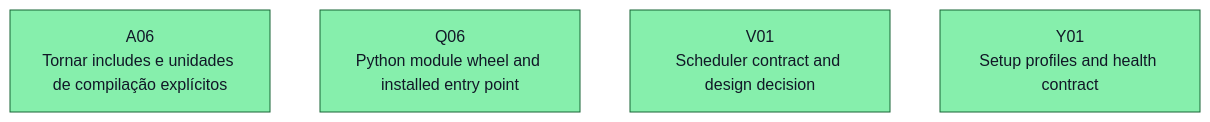
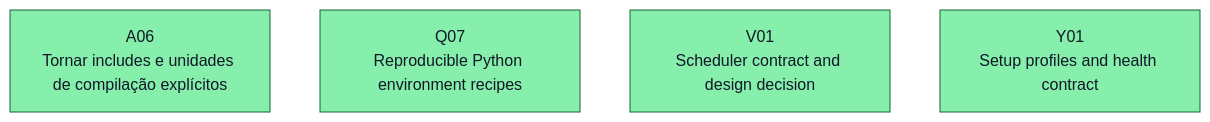
Before and after one commit to ocarizr/spaceraiders: the first of 25 diagrams in docs/task-dependencies.md, drawn with Mermaid. The commit also changed other lines of this file and 9 other files, not shown here.

First line of the commit message:
build(Q06): add packaged wheel builder and installed entry points (#19)

````diff
--- a/docs/task-dependencies.md
+++ b/docs/task-dependencies.md
@@ -24,10 +24,10 @@
 ```mermaid
 flowchart TD
     ready_A06["A06<br/>Tornar includes e unidades de compilação explícitos"]:::ready
-    ready_Q06["Q06<br/>Python module wheel and installed entry point"]:::ready
+    ready_Q07["Q07<br/>Reproducible Python environment recipes"]:::ready
     ready_V01["V01<br/>Scheduler contract and design decision"]:::ready
     ready_Y01["Y01<br/>Setup profiles and health contract"]:::ready
     classDef pending fill:#ffffff,stroke:#6b7280,color:#111827
     classDef ready fill:#86efac,stroke:#166534,color:#111827
     classDef done fill:#f87171,stroke:#991b1b,color:#111827
 ```
````
